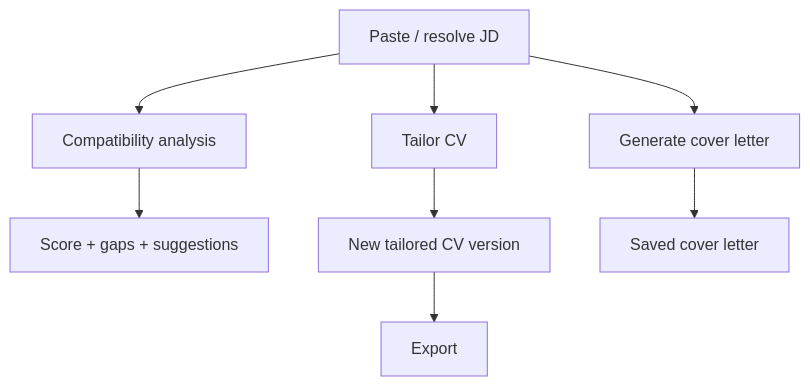
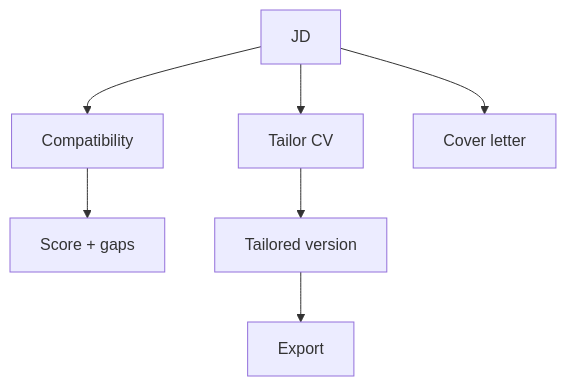
One commit to dainv123/resumate changed the seventh of 10 diagrams in README.md. Above: the diagram before and after it, drawn with Mermaid. The commit also changed other lines of this file and 17 other files, not shown here.

````diff
--- a/README.md
+++ b/README.md
@@ -236,10 +229,9 @@
 ```mermaid
 flowchart TD
-  JD[Paste / resolve JD] --> C[Compatibility analysis]
+  JD[JD] --> C[Compatibility]
   JD --> T[Tailor CV]
-  JD --> L[Generate cover letter]
-  C --> S[Score + gaps + suggestions]
-  T --> V[New tailored CV version]
-  L --> CL[Saved cover letter]
+  JD --> L[Cover letter]
+  C --> S[Score + gaps]
+  T --> V[Tailored version]
   V --> X[Export]
 ```
````
